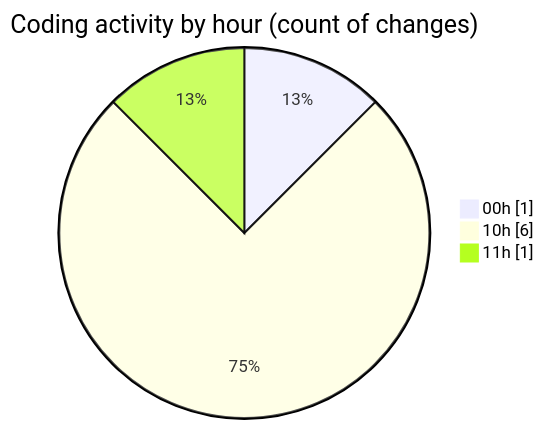
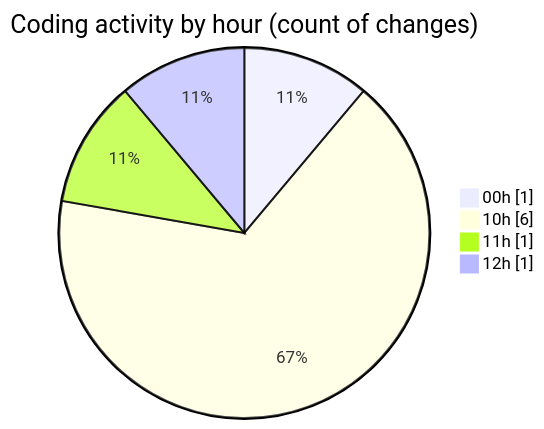
One commit to JenPaints/code-tracking changed the second of 2 diagrams in 2025-07-25/cohera/README.md. Above: the diagram before and after it, drawn with Mermaid. The commit also changed other lines of this file and 1 other file, not shown here.

````diff
--- a/2025-07-25/cohera/README.md
+++ b/2025-07-25/cohera/README.md
@@ -33,7 +33,8 @@
 ```mermaid
 pie showData
 title Coding activity by hour (count of changes)
 "00h" : 1
 "10h" : 6
 "11h" : 1
+"12h" : 1
 ```
````
